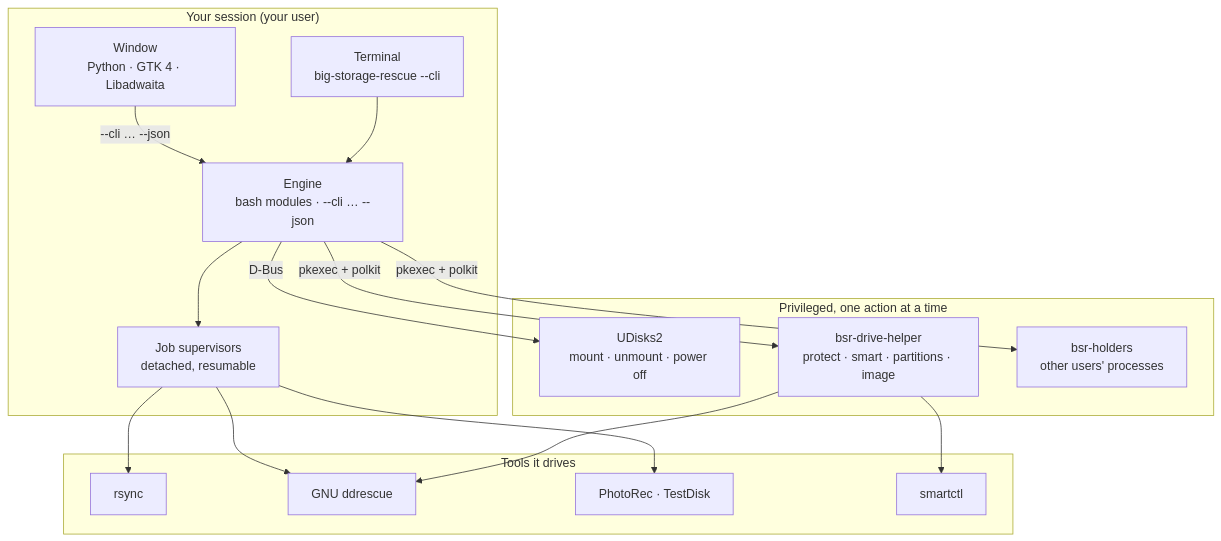
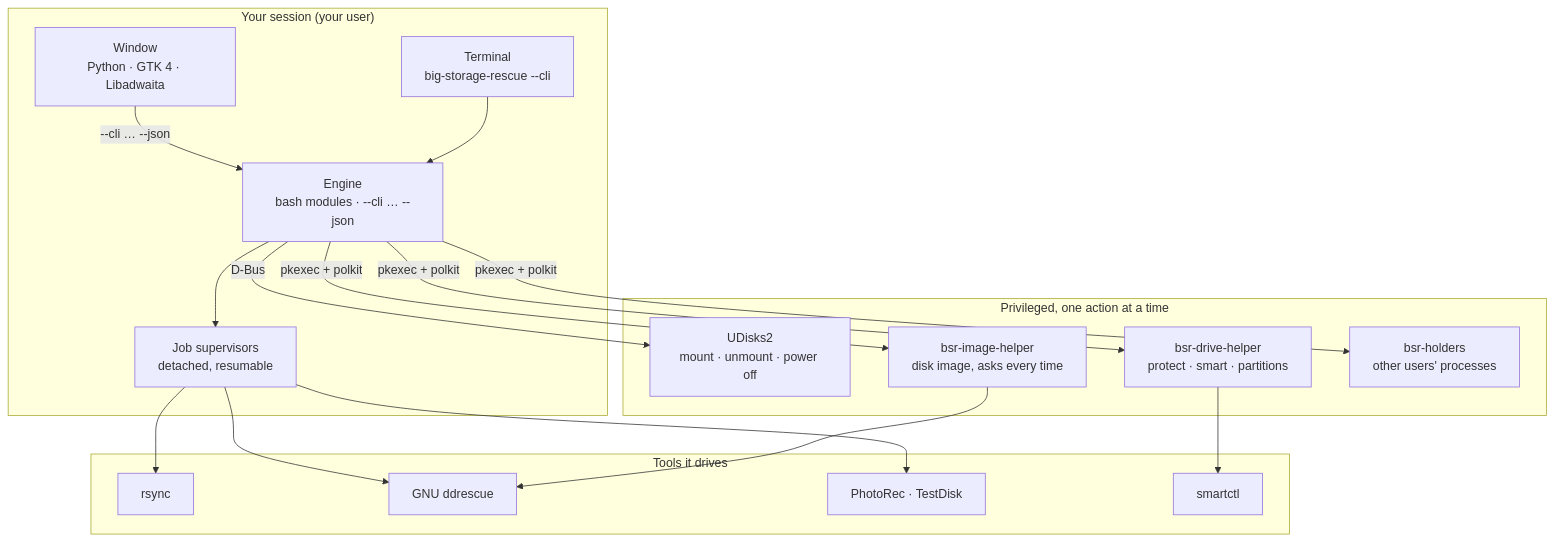
The second of 3 diagrams in README.md (biglinux/big-storage-rescue), drawn with Mermaid before and after one commit. The commit also changed other lines of this file and 29 other files, not shown here.

First line of the commit message:
Act on the second review: disk images, their polkit action, the destination

````diff
--- a/README.md
+++ b/README.md
@@ -591,27 +594,29 @@
 ```mermaid
 flowchart TB
     subgraph user["Your session (your user)"]
         GUI["Window<br>Python · GTK 4 · Libadwaita"]
         CLI["Terminal<br>big-storage-rescue --cli"]
         ENG["Engine<br>bash modules · --cli … --json"]
         SUP["Job supervisors<br>detached, resumable"]
         GUI -- "--cli … --json" --> ENG
         CLI --> ENG
         ENG --> SUP
     end
     subgraph tools["Tools it drives"]
         RS[rsync]
         DD[GNU ddrescue]
         PR[PhotoRec · TestDisk]
         SM[smartctl]
     end
     subgraph root["Privileged, one action at a time"]
         UD[UDisks2<br>mount · unmount · power off]
-        H1["bsr-drive-helper<br>protect · smart · partitions · image"]
+        H1["bsr-drive-helper<br>protect · smart · partitions"]
+        H3["bsr-image-helper<br>disk image, asks every time"]
         H2["bsr-holders<br>other users' processes"]
     end
     SUP --> RS & DD & PR
     ENG -- "D-Bus" --> UD
-    ENG -- "pkexec + polkit" --> H1 & H2
-    H1 --> SM & DD
+    ENG -- "pkexec + polkit" --> H1 & H3 & H2
+    H1 --> SM
+    H3 --> DD
 ```
````
